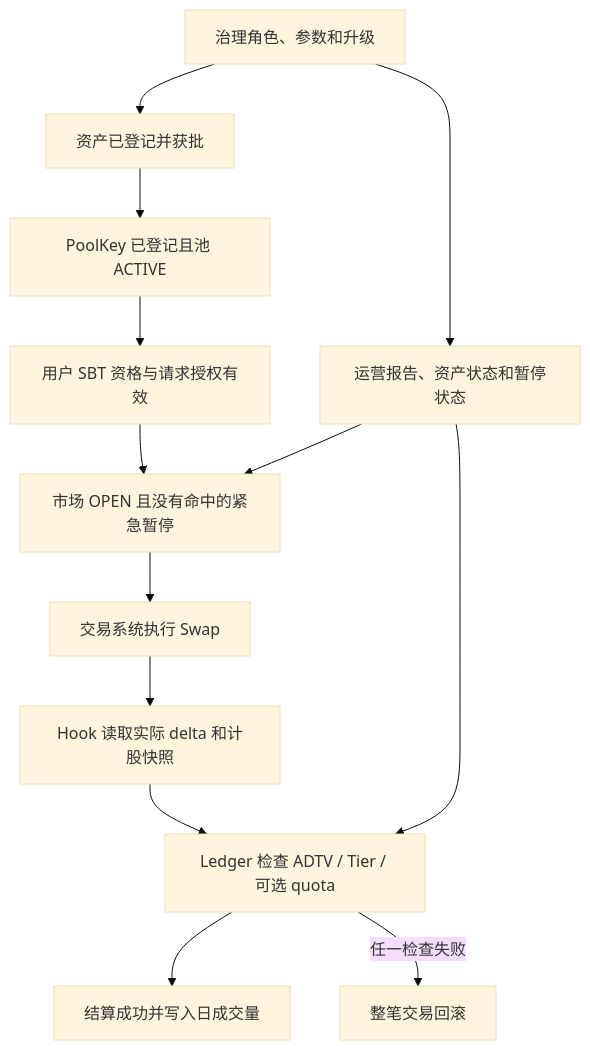
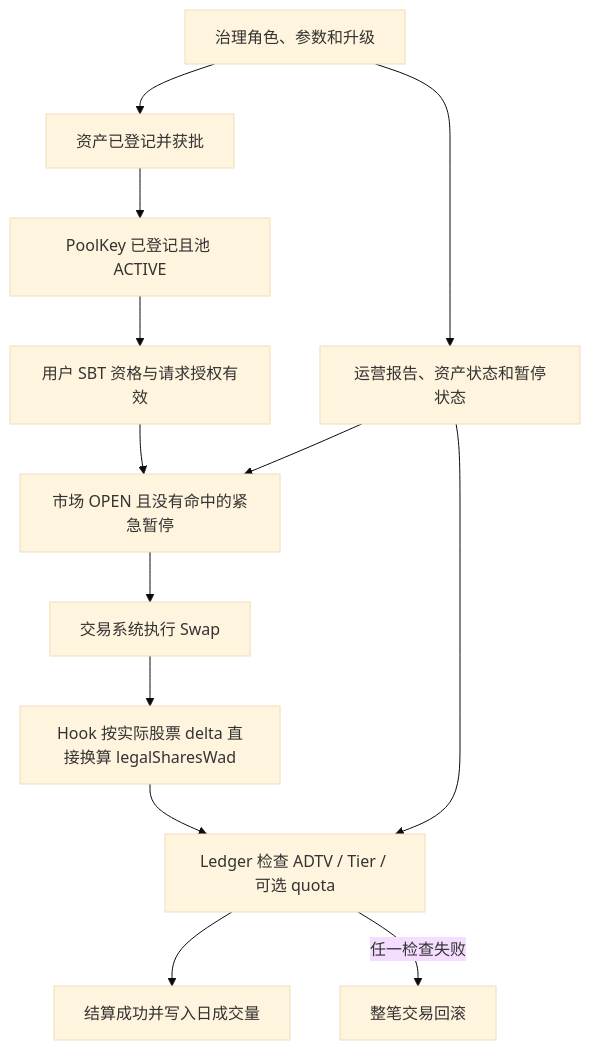
Before and after one commit to okx/tsv: the tenth of 10 diagrams in docs/SYSTEMS_OVERVIEW.md, drawn with Mermaid (base theme). The commit also changed other lines of this file and 18 other files, not shown here.

````diff
--- a/docs/SYSTEMS_OVERVIEW.md
+++ b/docs/SYSTEMS_OVERVIEW.md
@@ -696,15 +696,15 @@
 ```mermaid
 flowchart TD
   A[资产已登记并获批] --> B[PoolKey 已登记且池 ACTIVE]
   B --> C[用户 SBT 资格与请求授权有效]
   C --> D[市场 OPEN 且没有命中的紧急暂停]
   D --> E[交易系统执行 Swap]
-  E --> F[Hook 读取实际 delta 和计股快照]
+  E --> F[Hook 按实际股票 delta 直接换算 legalSharesWad]
   F --> G[Ledger 检查 ADTV / Tier / 可选 quota]
   G --> H[结算成功并写入日成交量]
   G -->|任一检查失败| X[整笔交易回滚]
   R[运营报告、资产状态和暂停状态] --> D
   R --> G
   T[治理角色、参数和升级] --> R
   T --> A
 ```
````
